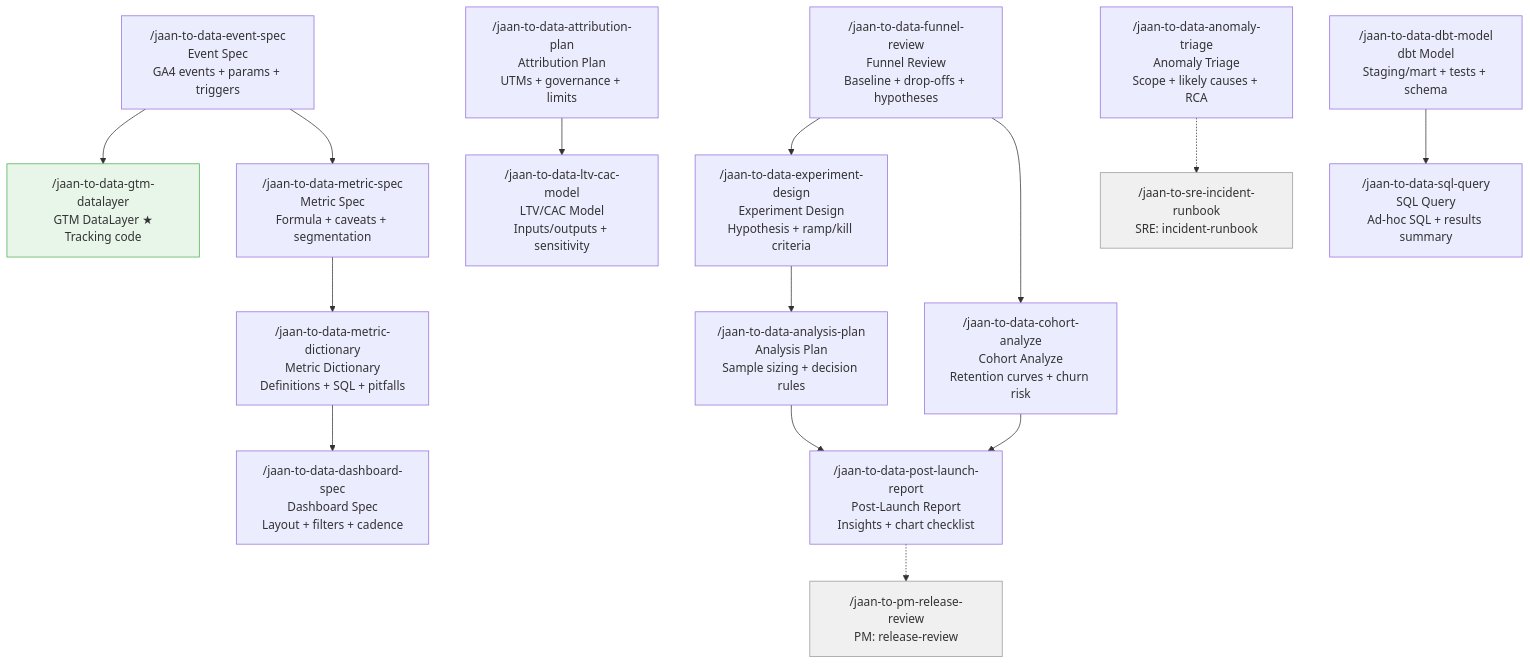
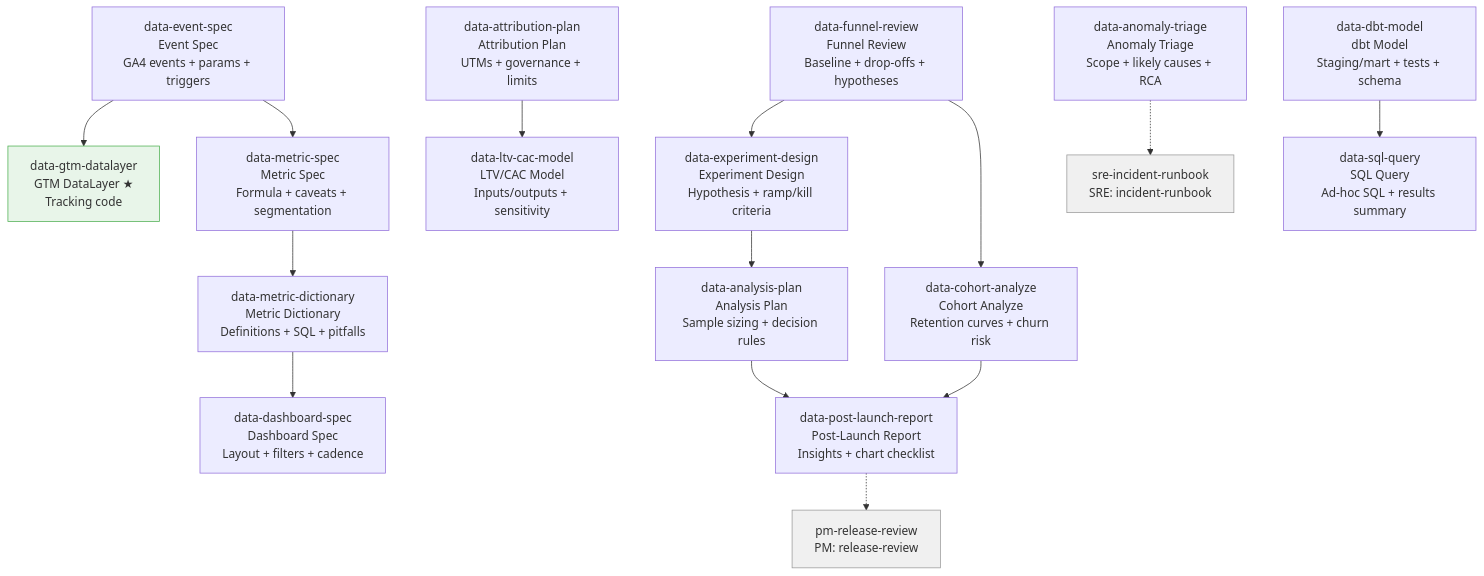
Before and after one commit to parhumm/jaan-to: the diagram in roadmaps/jaan-to/tasks/role-skills/data.md, drawn with Mermaid. The commit also changed 10 other files, not shown here.

First line of the commit message:
fix(roadmap): Fix Mermaid userflow schemas across all 11 role-skills files

````diff
--- a/roadmaps/jaan-to/tasks/role-skills/data.md
+++ b/roadmaps/jaan-to/tasks/role-skills/data.md
@@ -9,20 +9,20 @@
 ```mermaid
 flowchart TD
-    jaan-to-data-event-spec["/jaan-to-data-event-spec\nEvent Spec\nGA4 events + params + triggers"] --> jaan-to-data-gtm-datalayer["/jaan-to-data-gtm-datalayer\nGTM DataLayer ★\nTracking code"]
-    jaan-to-data-event-spec["/jaan-to-data-event-spec\nEvent Spec\nGA4 events + params + triggers"] --> jaan-to-data-metric-spec["/jaan-to-data-metric-spec\nMetric Spec\nFormula + caveats + segmentation"]
-    jaan-to-data-metric-spec["/jaan-to-data-metric-spec\nMetric Spec\nFormula + caveats + segmentation"] --> jaan-to-data-metric-dictionary["/jaan-to-data-metric-dictionary\nMetric Dictionary\nDefinitions + SQL + pitfalls"]
-    jaan-to-data-metric-dictionary["/jaan-to-data-metric-dictionary\nMetric Dictionary\nDefinitions + SQL + pitfalls"] --> jaan-to-data-dashboard-spec["/jaan-to-data-dashboard-spec\nDashboard Spec\nLayout + filters + cadence"]
-    jaan-to-data-funnel-review["/jaan-to-data-funnel-review\nFunnel Review\nBaseline + drop-offs + hypotheses"] --> jaan-to-data-experiment-design["/jaan-to-data-experiment-design\nExperiment Design\nHypothesis + ramp/kill criteria"]
-    jaan-to-data-funnel-review["/jaan-to-data-funnel-review\nFunnel Review\nBaseline + drop-offs + hypotheses"] --> jaan-to-data-cohort-analyze["/jaan-to-data-cohort-analyze\nCohort Analyze\nRetention curves + churn risk"]
-    jaan-to-data-experiment-design["/jaan-to-data-experiment-design\nExperiment Design\nHypothesis + ramp/kill criteria"] --> jaan-to-data-analysis-plan["/jaan-to-data-analysis-plan\nAnalysis Plan\nSample sizing + decision rules"]
-    jaan-to-data-analysis-plan["/jaan-to-data-analysis-plan\nAnalysis Plan\nSample sizing + decision rules"] --> jaan-to-data-post-launch-report["/jaan-to-data-post-launch-report\nPost-Launch Report\nInsights + chart checklist"]
-    jaan-to-data-cohort-analyze["/jaan-to-data-cohort-analyze\nCohort Analyze\nRetention curves + churn risk"] --> jaan-to-data-post-launch-report["/jaan-to-data-post-launch-report\nPost-Launch Report\nInsights + chart checklist"]
-    jaan-to-data-post-launch-report["/jaan-to-data-post-launch-report\nPost-Launch Report\nInsights + chart checklist"] -.-> jaan-to-pm-release-review["/jaan-to-pm-release-review\nPM: release-review"]
-    jaan-to-data-attribution-plan["/jaan-to-data-attribution-plan\nAttribution Plan\nUTMs + governance + limits"] --> jaan-to-data-ltv-cac-model["/jaan-to-data-ltv-cac-model\nLTV/CAC Model\nInputs/outputs + sensitivity"]
-    jaan-to-data-anomaly-triage["/jaan-to-data-anomaly-triage\nAnomaly Triage\nScope + likely causes + RCA"] -.-> jaan-to-sre-incident-runbook["/jaan-to-sre-incident-runbook\nSRE: incident-runbook"]
-    jaan-to-data-dbt-model["/jaan-to-data-dbt-model\ndbt Model\nStaging/mart + tests + schema"] --> jaan-to-data-sql-query["/jaan-to-data-sql-query\nSQL Query\nAd-hoc SQL + results summary"]
+    jaan-to-data-event-spec["data-event-spec<br>Event Spec<br>GA4 events + params + triggers"] --> jaan-to-data-gtm-datalayer["data-gtm-datalayer<br>GTM DataLayer ★<br>Tracking code"]
+    jaan-to-data-event-spec["data-event-spec<br>Event Spec<br>GA4 events + params + triggers"] --> jaan-to-data-metric-spec["data-metric-spec<br>Metric Spec<br>Formula + caveats + segmentation"]
+    jaan-to-data-metric-spec["data-metric-spec<br>Metric Spec<br>Formula + caveats + segmentation"] --> jaan-to-data-metric-dictionary["data-metric-dictionary<br>Metric Dictionary<br>Definitions + SQL + pitfalls"]
+    jaan-to-data-metric-dictionary["data-metric-dictionary<br>Metric Dictionary<br>Definitions + SQL + pitfalls"] --> jaan-to-data-dashboard-spec["data-dashboard-spec<br>Dashboard Spec<br>Layout + filters + cadence"]
+    jaan-to-data-funnel-review["data-funnel-review<br>Funnel Review<br>Baseline + drop-offs + hypotheses"] --> jaan-to-data-experiment-design["data-experiment-design<br>Experiment Design<br>Hypothesis + ramp/kill criteria"]
+    jaan-to-data-funnel-review["data-funnel-review<br>Funnel Review<br>Baseline + drop-offs + hypotheses"] --> jaan-to-data-cohort-analyze["data-cohort-analyze<br>Cohort Analyze<br>Retention curves + churn risk"]
+    jaan-to-data-experiment-design["data-experiment-design<br>Experiment Design<br>Hypothesis + ramp/kill criteria"] --> jaan-to-data-analysis-plan["data-analysis-plan<br>Analysis Plan<br>Sample sizing + decision rules"]
+    jaan-to-data-analysis-plan["data-analysis-plan<br>Analysis Plan<br>Sample sizing + decision rules"] --> jaan-to-data-post-launch-report["data-post-launch-report<br>Post-Launch Report<br>Insights + chart checklist"]
+    jaan-to-data-cohort-analyze["data-cohort-analyze<br>Cohort Analyze<br>Retention curves + churn risk"] --> jaan-to-data-post-launch-report["data-post-launch-report<br>Post-Launch Report<br>Insights + chart checklist"]
+    jaan-to-data-post-launch-report["data-post-launch-report<br>Post-Launch Report<br>Insights + chart checklist"] -.-> jaan-to-pm-release-review["pm-release-review<br>PM: release-review"]
+    jaan-to-data-attribution-plan["data-attribution-plan<br>Attribution Plan<br>UTMs + governance + limits"] --> jaan-to-data-ltv-cac-model["data-ltv-cac-model<br>LTV/CAC Model<br>Inputs/outputs + sensitivity"]
+    jaan-to-data-anomaly-triage["data-anomaly-triage<br>Anomaly Triage<br>Scope + likely causes + RCA"] -.-> jaan-to-sre-incident-runbook["sre-incident-runbook<br>SRE: incident-runbook"]
+    jaan-to-data-dbt-model["data-dbt-model<br>dbt Model<br>Staging/mart + tests + schema"] --> jaan-to-data-sql-query["data-sql-query<br>SQL Query<br>Ad-hoc SQL + results summary"]
 
     style jaan-to-data-gtm-datalayer fill:#e8f5e9,stroke:#4caf50
     style jaan-to-pm-release-review fill:#f0f0f0,stroke:#999
     style jaan-to-sre-incident-runbook fill:#f0f0f0,stroke:#999
 ```
````
